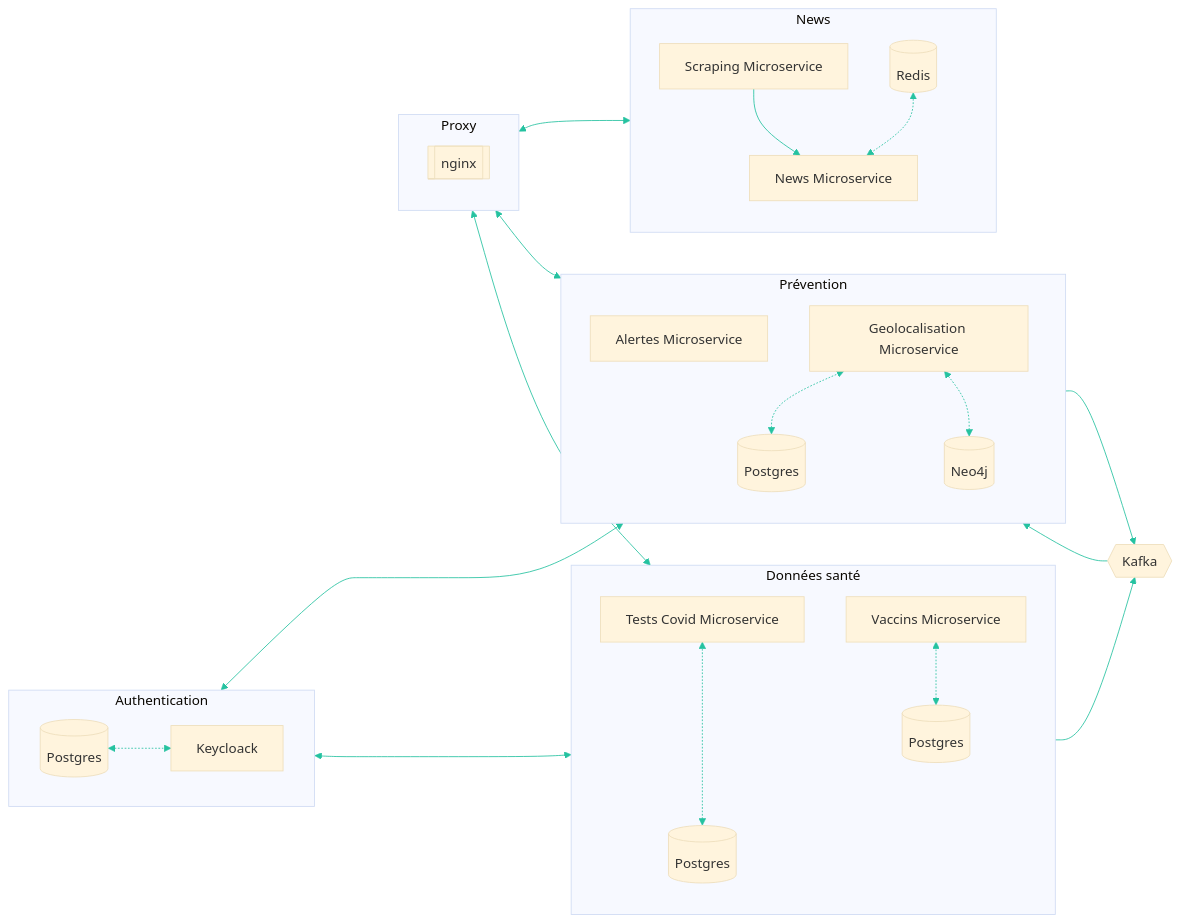
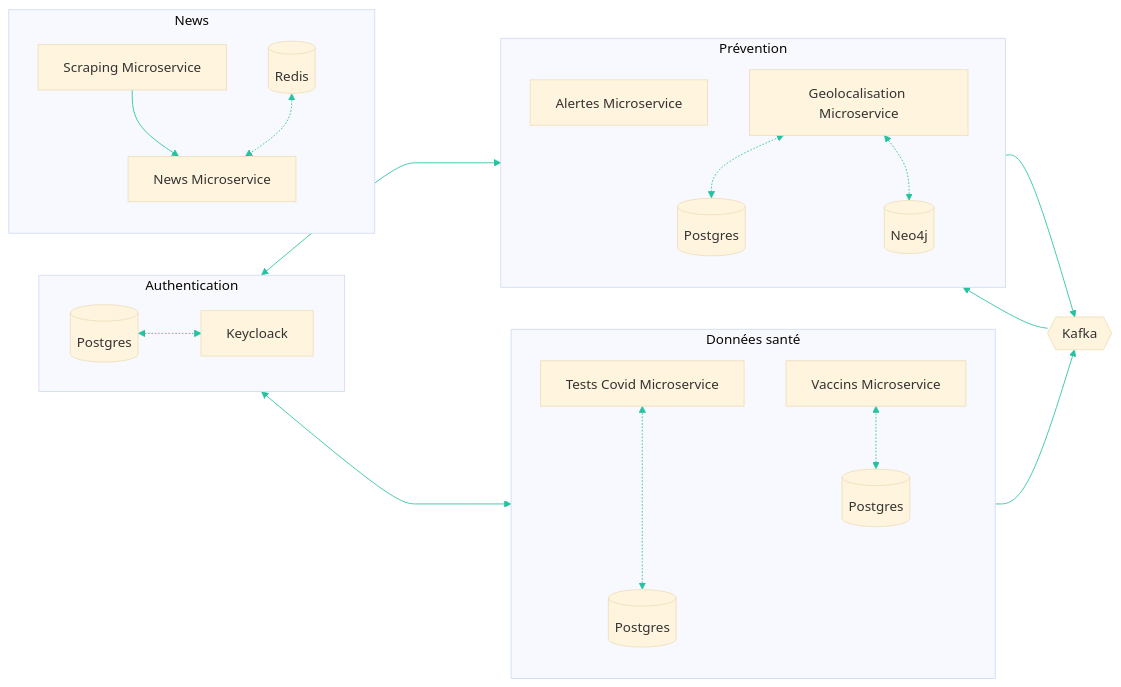
Before and after one commit to Covid-Alert-Microservices/specs: the diagram in docs/architecture.md, drawn with Mermaid.

Commit message:
Update architecture schema

````diff
--- a/docs/architecture.md
+++ b/docs/architecture.md
@@ -11,45 +11,37 @@
 ```mermaid
 %%{init: {'theme': 'base', 'themeVariables': { 'lineColor': '#25c2a0' }}}%%
 flowchart LR
 
     subgraph Authentication
         direction LR
         PK[(Postgres)] <-.-> K[Keycloack] 
-    end
-
-    subgraph Proxy
-        nginx[[nginx]]
     end
 
     subgraph d[Données santé]
         direction BT
         TestPostgres[(Postgres)] <-..-> Tests[Tests Covid Microservice]
         VaccinPostgres[(Postgres)] <-.-> Vaccin[Vaccins Microservice]
     end
 
     subgraph n[News]
         Scraper[Scraping Microservice] --> NewsM[News Microservice]
         Redis[(Redis)] <-.-> NewsM
     end
 
     subgraph a[Prévention]
         direction BT
         Alert[Alertes Microservice]
         GeoPostgres[(Postgres)] <-.-> Geo[Geolocalisation Microservice] 
         GeoNeo4j[(Neo4j)] <-.-> Geo
     end
 
     KK{{Kafka}}
     
     Authentication <----> a
-    Authentication <----> d
-
-    Proxy <--> a
-    Proxy <--> d
-    Proxy <--> n
+    Authentication <---> d
     
     Tests --> KK
     Geo --> KK
     KK --> Alert
 
 ```
````
